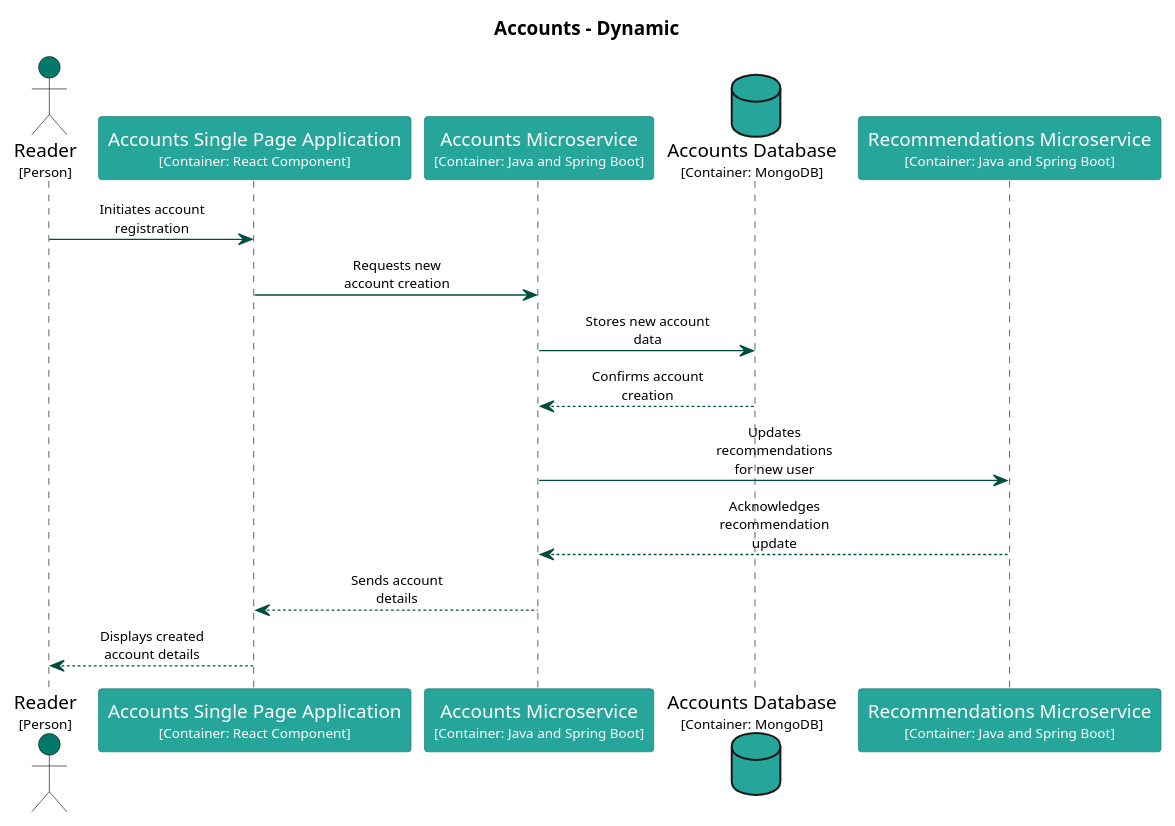
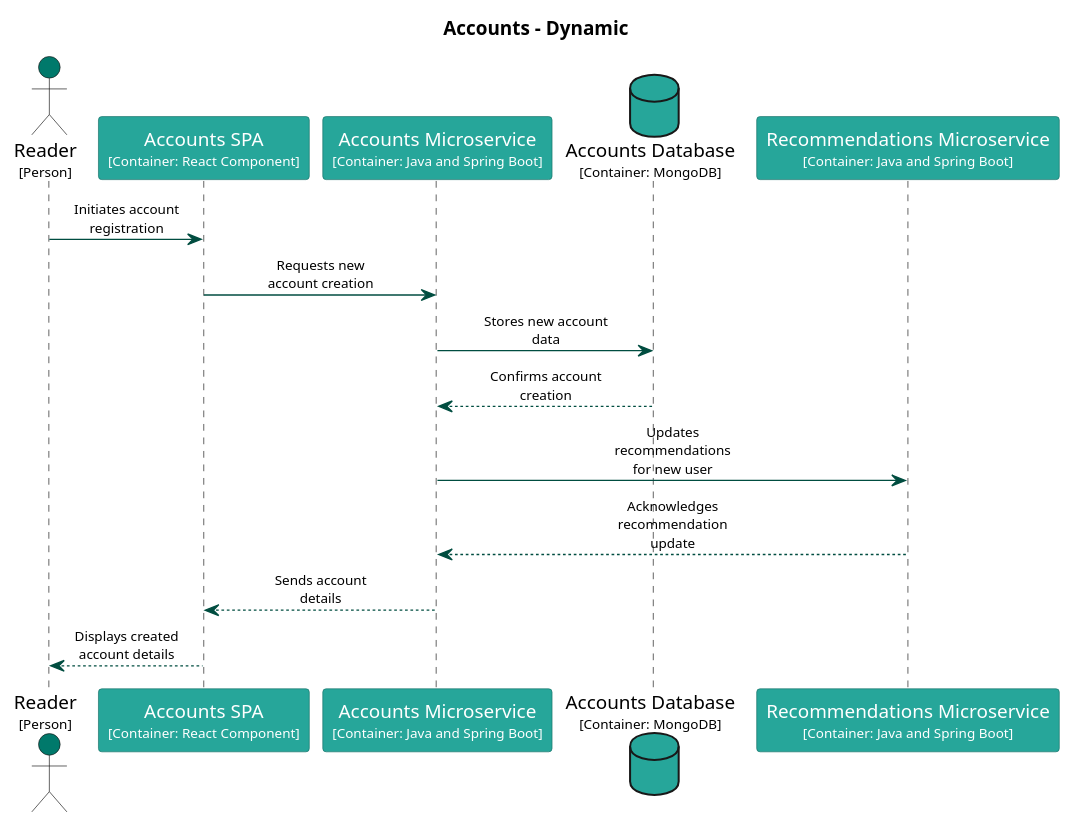
The diagram in main/puml/reader-registration.puml (Goodmorning918/E-Library-Architecture), drawn with PlantUML before and after one commit. The commit also changed 147 other files, not shown here.

Commit message:
Deploying to gh-pages from @ Goodmorning918/E-Library-Architecture@44f7933ce3b599391c9f964d6f6a5102fbb01043 🚀

```diff
--- a/main/puml/reader-registration.puml
+++ b/main/puml/reader-registration.puml
@@ -1,58 +1,58 @@
 @startuml
 set separator none
 title Accounts - Dynamic
 
 skinparam {
   arrowFontSize 10
   defaultTextAlignment center
   wrapWidth 200
   maxMessageSize 100
 }
 
 hide stereotype
 
 skinparam sequenceParticipant<<Accounts.AccountsDatabase>> {
   BackgroundColor #26a69a
   FontColor #ffffff
   BorderColor #1a746b
   shadowing false
 }
 skinparam sequenceParticipant<<Accounts.AccountsMicroservice>> {
   BackgroundColor #26a69a
   FontColor #ffffff
   BorderColor #1a746b
   shadowing false
 }
-skinparam sequenceParticipant<<Accounts.AccountsSinglePageApplication>> {
+skinparam sequenceParticipant<<Accounts.AccountsSPA>> {
   BackgroundColor #26a69a
   FontColor #ffffff
   BorderColor #1a746b
   shadowing false
 }
 skinparam sequenceParticipant<<Reader>> {
   BackgroundColor #00796b
   FontColor #ffffff
   BorderColor #00544a
   shadowing false
 }
 skinparam sequenceParticipant<<Recommendations.RecommendationsMicroservice>> {
   BackgroundColor #26a69a
   FontColor #ffffff
   BorderColor #1a746b
   shadowing false
 }
 
 actor "Reader\n<size:10>[Person]</size>" as Reader <<Reader>> #00796b
-participant "Accounts Single Page Application\n<size:10>[Container: React Component]</size>" as Accounts.AccountsSinglePageApplication <<Accounts.AccountsSinglePageApplication>> #26a69a
+participant "Accounts SPA\n<size:10>[Container: React Component]</size>" as Accounts.AccountsSPA <<Accounts.AccountsSPA>> #26a69a
 participant "Accounts Microservice\n<size:10>[Container: Java and Spring Boot]</size>" as Accounts.AccountsMicroservice <<Accounts.AccountsMicroservice>> #26a69a
 database "Accounts Database\n<size:10>[Container: MongoDB]</size>" as Accounts.AccountsDatabase <<Accounts.AccountsDatabase>> #26a69a
 participant "Recommendations Microservice\n<size:10>[Container: Java and Spring Boot]</size>" as Recommendations.RecommendationsMicroservice <<Recommendations.RecommendationsMicroservice>> #26a69a
-Reader -[#004d40]> Accounts.AccountsSinglePageApplication : Initiates account registration
-Accounts.AccountsSinglePageApplication -[#004d40]> Accounts.AccountsMicroservice : Requests new account creation
+Reader -[#004d40]> Accounts.AccountsSPA : Initiates account registration
+Accounts.AccountsSPA -[#004d40]> Accounts.AccountsMicroservice : Requests new account creation
 Accounts.AccountsMicroservice -[#004d40]> Accounts.AccountsDatabase : Stores new account data
 Accounts.AccountsMicroservice <-[#004d40]- Accounts.AccountsDatabase : Confirms account creation
 Accounts.AccountsMicroservice -[#004d40]> Recommendations.RecommendationsMicroservice : Updates recommendations for new user
 Accounts.AccountsMicroservice <-[#004d40]- Recommendations.RecommendationsMicroservice : Acknowledges recommendation update
-Accounts.AccountsSinglePageApplication <-[#004d40]- Accounts.AccountsMicroservice : Sends account details
-Reader <-[#004d40]- Accounts.AccountsSinglePageApplication : Displays created account details
+Accounts.AccountsSPA <-[#004d40]- Accounts.AccountsMicroservice : Sends account details
+Reader <-[#004d40]- Accounts.AccountsSPA : Displays created account details
 @enduml
```
